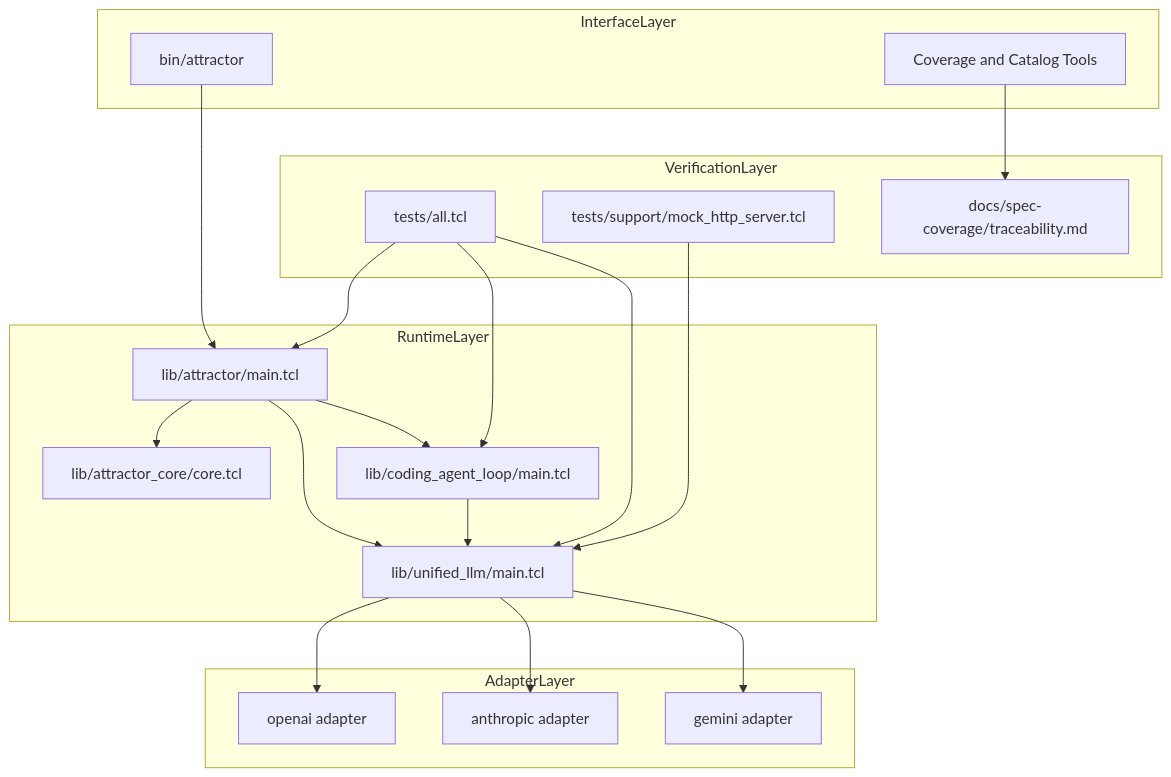
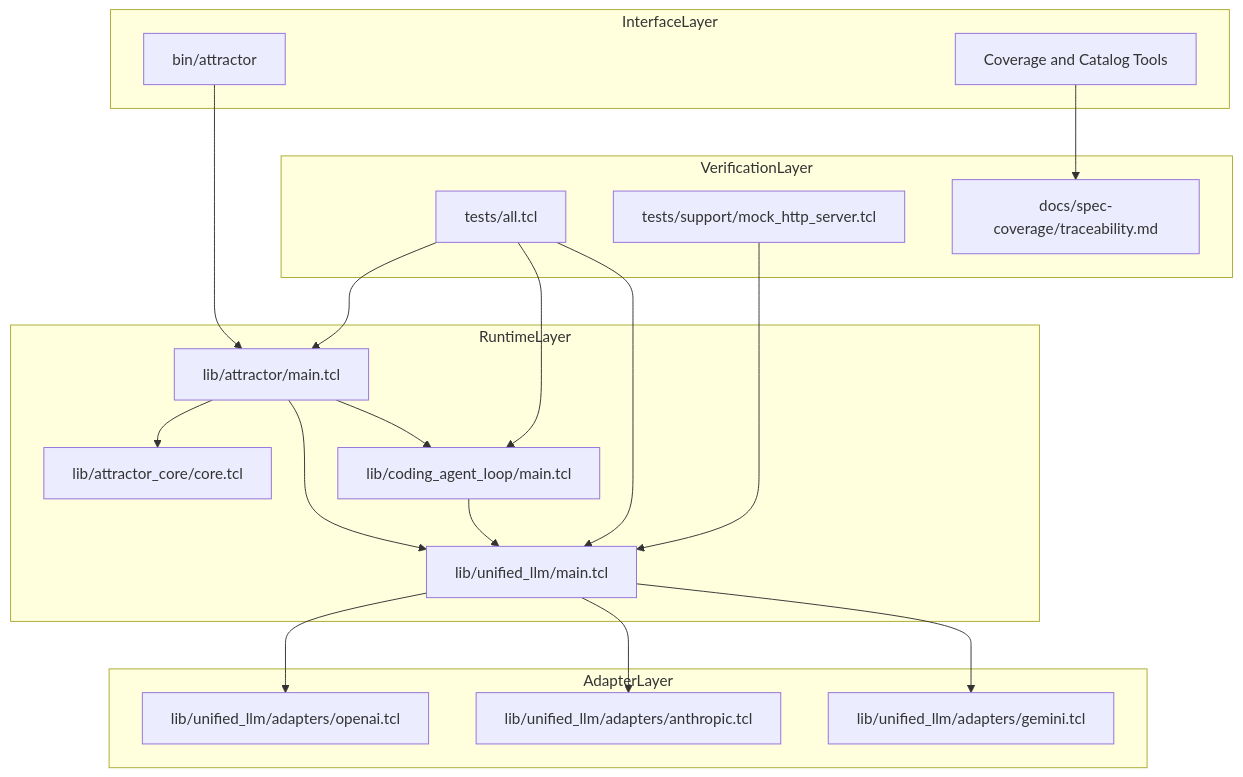
The fifth of 5 diagrams in docs/sprints/SPRINT-003-close-spec-parity-tcl.md (jaytaylor/attractor-tcl), drawn with Mermaid before and after one commit. The commit also changed other lines of this file, not shown here.

````diff
--- a/docs/sprints/SPRINT-003-close-spec-parity-tcl.md
+++ b/docs/sprints/SPRINT-003-close-spec-parity-tcl.md
@@ -1048,40 +501,40 @@
 ```mermaid
 flowchart TB
   subgraph InterfaceLayer
     CLI[bin/attractor]
     TOOLS[Coverage and Catalog Tools]
   end
 
   subgraph RuntimeLayer
     ATR[lib/attractor/main.tcl]
     CORE[lib/attractor_core/core.tcl]
     CAL[lib/coding_agent_loop/main.tcl]
     ULLM[lib/unified_llm/main.tcl]
   end
 
   subgraph AdapterLayer
-    OPENAI[openai adapter]
-    ANTHROPIC[anthropic adapter]
-    GEMINI[gemini adapter]
+    OPENAI[lib/unified_llm/adapters/openai.tcl]
+    ANTHROPIC[lib/unified_llm/adapters/anthropic.tcl]
+    GEMINI[lib/unified_llm/adapters/gemini.tcl]
   end
 
   subgraph VerificationLayer
     TESTS[tests/all.tcl]
     MOCK[tests/support/mock_http_server.tcl]
     TRACEFILE[docs/spec-coverage/traceability.md]
   end
 
   CLI --> ATR
   ATR --> CORE
   ATR --> CAL
   ATR --> ULLM
   CAL --> ULLM
   ULLM --> OPENAI
   ULLM --> ANTHROPIC
   ULLM --> GEMINI
   TESTS --> ATR
   TESTS --> CAL
   TESTS --> ULLM
   MOCK --> ULLM
   TOOLS --> TRACEFILE
 ```
````
